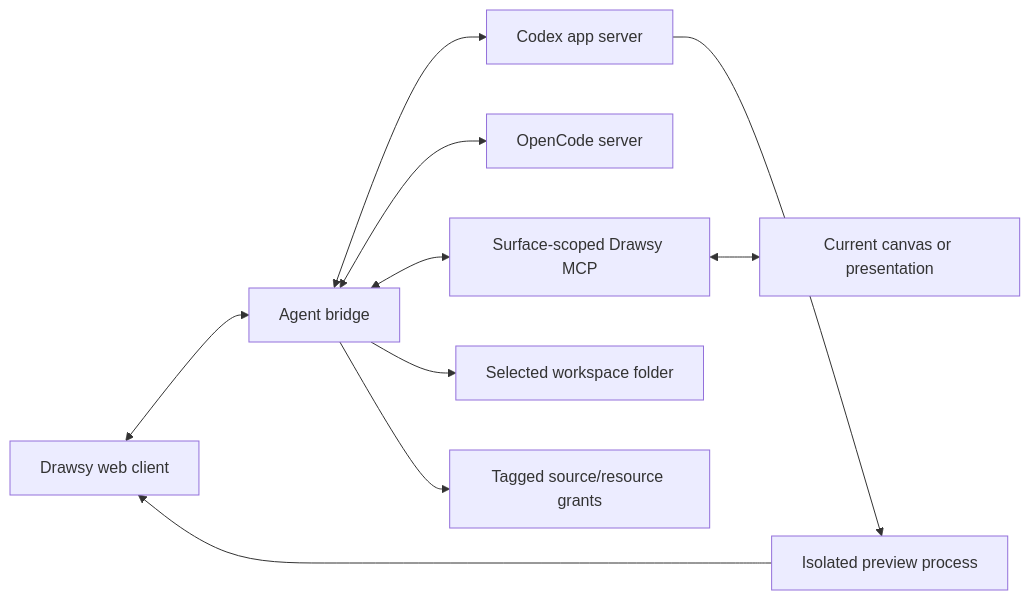
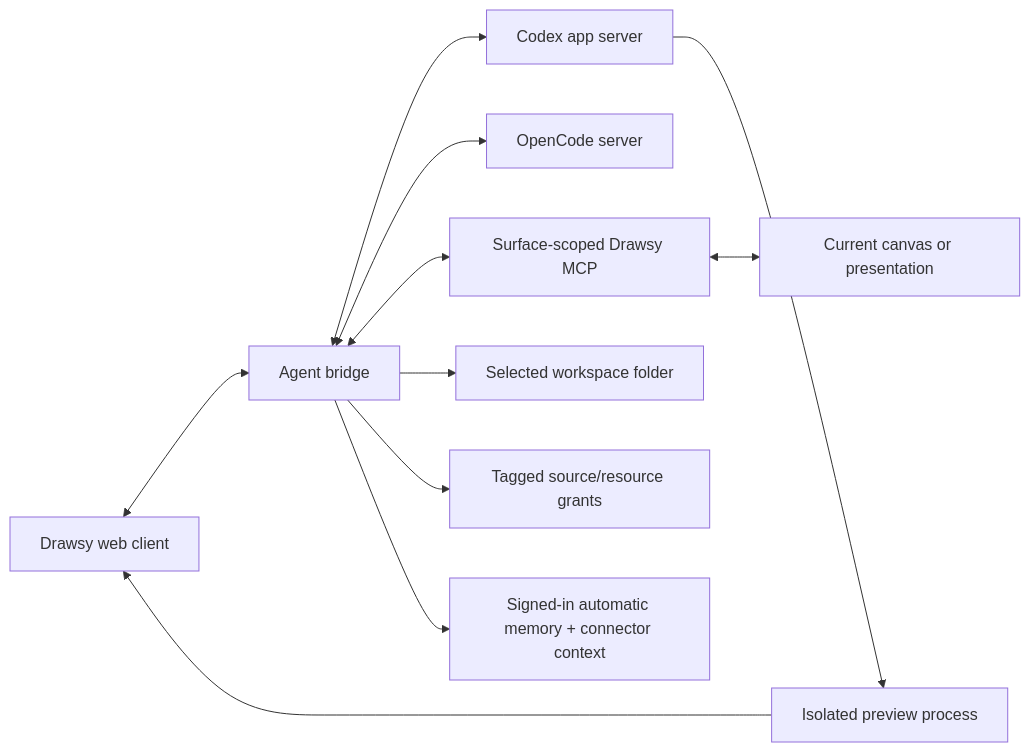
The diagram in README.md (adarshnagrikar14/drawsy-ai-mcp), drawn with Mermaid before and after one commit. The commit also changed other lines of this file and 1 other file, not shown here.

````diff
--- a/README.md
+++ b/README.md
@@ -9,12 +9,13 @@
 ```mermaid
 flowchart LR
   Client["Drawsy web client"] <--> Bridge["Agent bridge"]
   Bridge <--> Codex["Codex app server"]
   Bridge <--> OpenCode["OpenCode server"]
   Bridge <--> MCP["Surface-scoped Drawsy MCP"]
   MCP <--> Surface["Current canvas or presentation"]
   Bridge --> Folder["Selected workspace folder"]
   Bridge --> Grants["Tagged source/resource grants"]
+  Bridge --> Hydra["Signed-in automatic memory + connector context"]
   Codex --> Preview["Isolated preview process"]
   Preview --> Client
 ```
````
